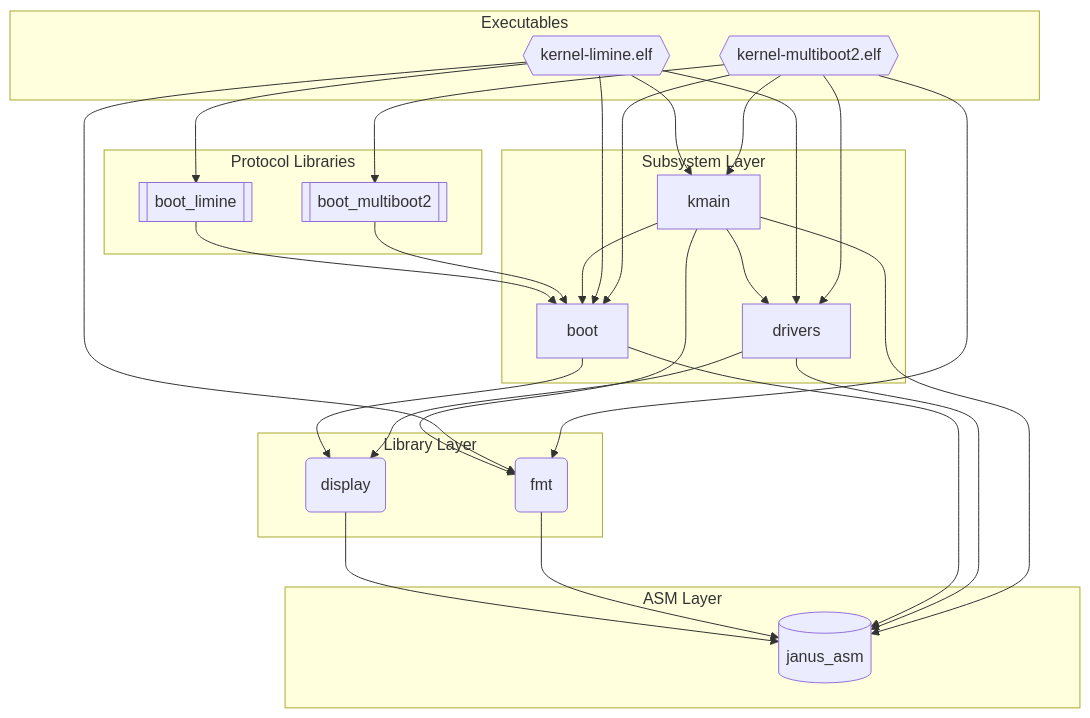
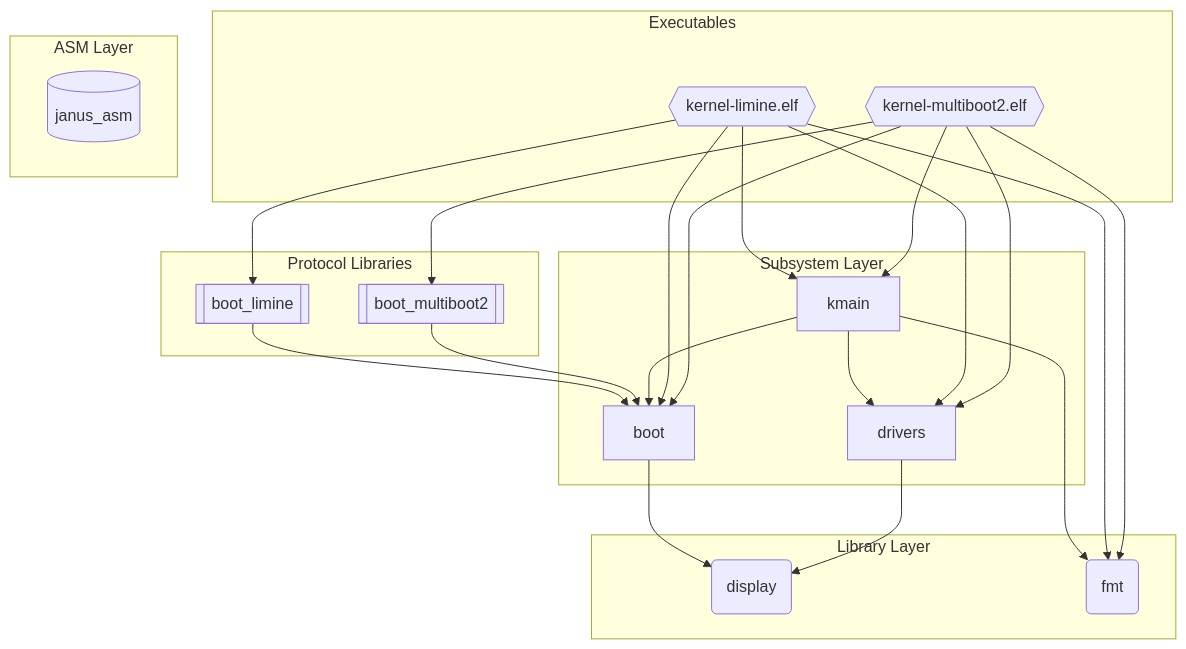
The diagram in docs/src/generated/deps-x86_64.md (FrederikTobner/JANUS), drawn with Mermaid before and after one commit. The commit also changed 11 other files, not shown here.

````diff
--- a/docs/src/generated/deps-x86_64.md
+++ b/docs/src/generated/deps-x86_64.md
@@ -3,45 +3,40 @@
 ```mermaid
 graph TD
   subgraph lib_layer["Library Layer"]
     display("display")
     fmt("fmt")
   end
   subgraph subsys_layer["Subsystem Layer"]
     boot["boot"]
     drivers["drivers"]
     kmain["kmain"]
   end
   subgraph proto_layer["Protocol Libraries"]
     boot_limine[["boot_limine"]]
     boot_multiboot2[["boot_multiboot2"]]
   end
   subgraph exec_layer["Executables"]
     kernel_limine_elf{{"kernel-limine.elf"}}
     kernel_multiboot2_elf{{"kernel-multiboot2.elf"}}
   end
   subgraph asm_layer["ASM Layer"]
     janus_asm[("janus_asm")]
   end
-  display --> janus_asm
-  fmt --> janus_asm
-  boot --> janus_asm
   boot --> display
   boot_limine --> boot
   boot_multiboot2 --> boot
-  drivers --> janus_asm
   drivers --> display
-  kmain --> janus_asm
   kmain --> drivers
   kmain --> boot
   kmain --> fmt
   kernel_limine_elf --> drivers
   kernel_limine_elf --> boot
   kernel_limine_elf --> fmt
   kernel_limine_elf --> boot_limine
   kernel_limine_elf --> kmain
   kernel_multiboot2_elf --> drivers
   kernel_multiboot2_elf --> boot
   kernel_multiboot2_elf --> fmt
   kernel_multiboot2_elf --> boot_multiboot2
   kernel_multiboot2_elf --> kmain
 ```
````
